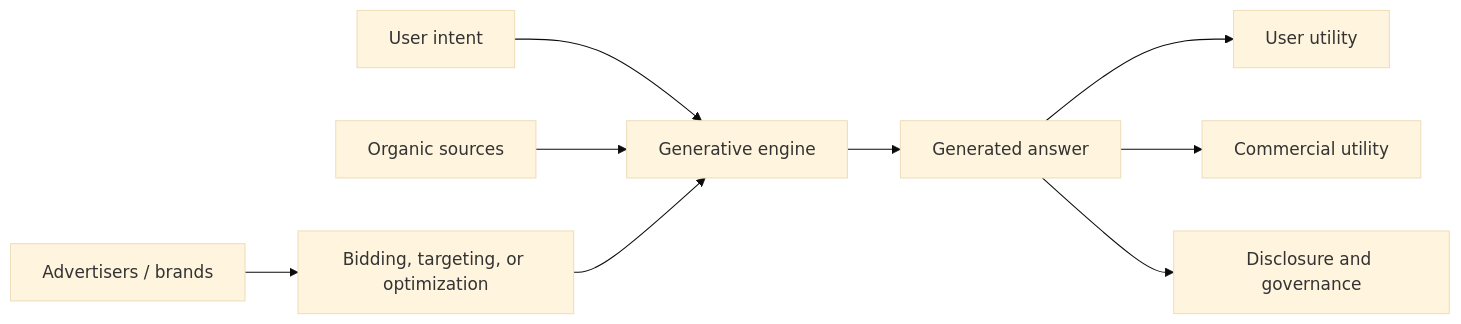
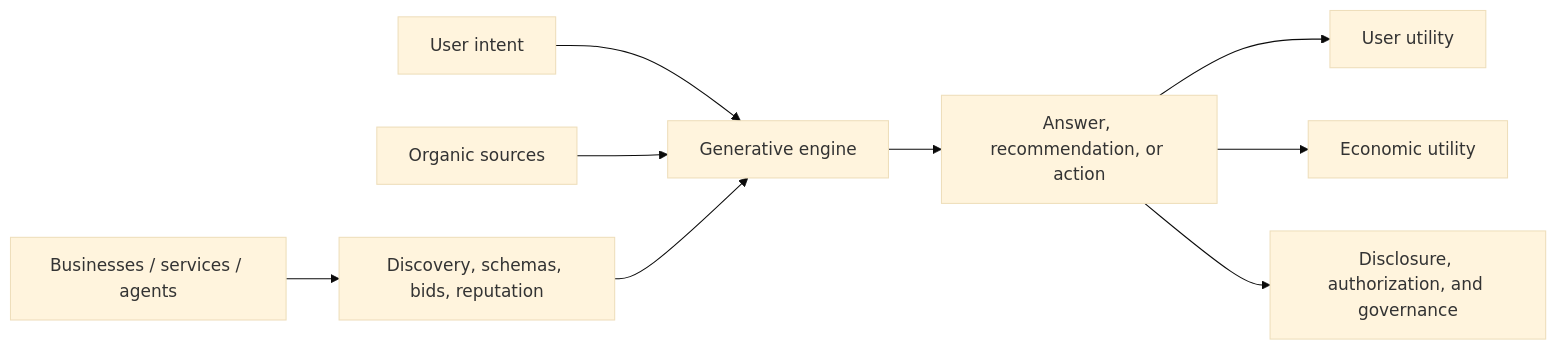
Before and after one commit to Generative-Engine-Marketing/Awesome-GEM-research: the diagram in README.md, drawn with Mermaid (base theme). The commit also changed other lines of this file and 2 other files, not shown here.

````diff
--- a/README.md
+++ b/README.md
@@ -69,11 +77,11 @@
 ```mermaid
 flowchart LR
   A["User intent"] --> B["Generative engine"]
   C["Organic sources"] --> B
-  D["Advertisers / brands"] --> E["Bidding, targeting, or optimization"]
+  D["Businesses / services / agents"] --> E["Discovery, schemas, bids, reputation"]
   E --> B
-  B --> F["Generated answer"]
+  B --> F["Answer, recommendation, or action"]
   F --> G["User utility"]
-  F --> H["Commercial utility"]
-  F --> I["Disclosure and governance"]
+  F --> H["Economic utility"]
+  F --> I["Disclosure, authorization, and governance"]
 ```
````
